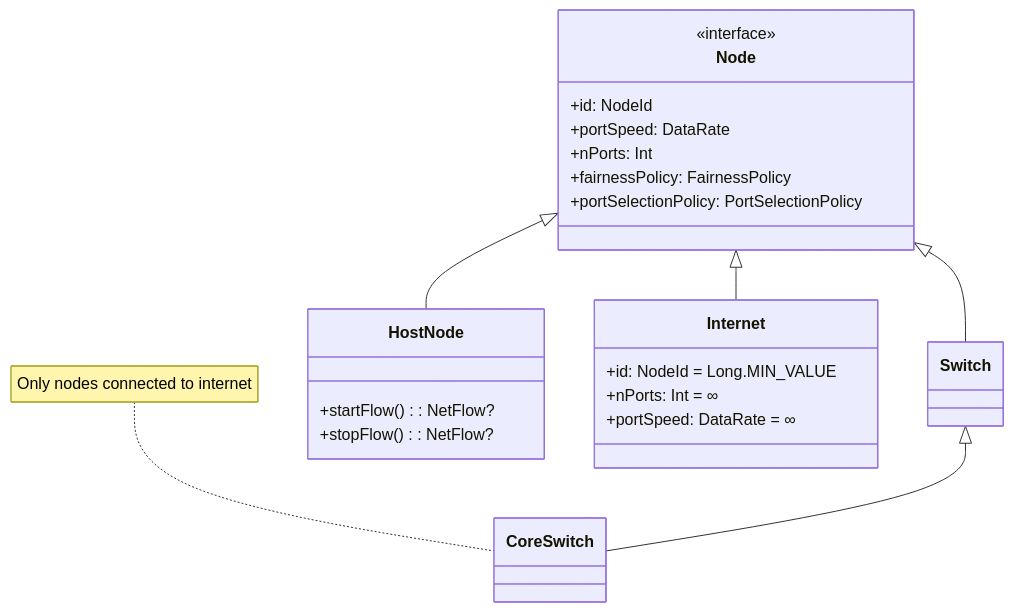
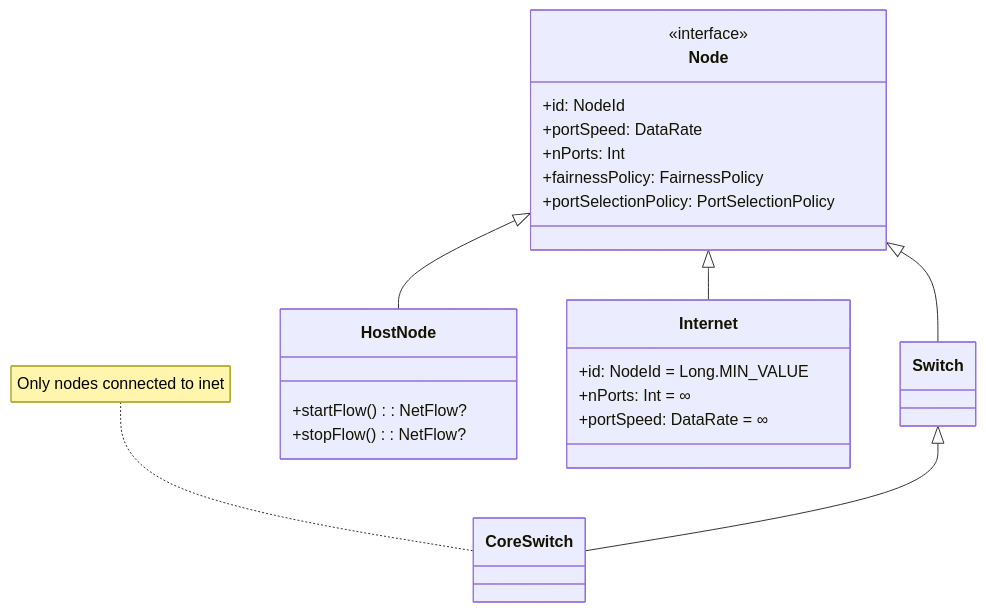
One commit to T0mexX/opendc-t0m3x changed the first of 2 diagrams in opendc-simulator/opendc-simulator-network/src/main/resources/documentation/documentation.md. Above: the diagram before and after it, drawn with Mermaid. The commit also changed 81 other files, not shown here.

````diff
--- a/opendc-simulator/opendc-simulator-network/src/main/resources/documentation/documentation.md
+++ b/opendc-simulator/opendc-simulator-network/src/main/resources/documentation/documentation.md
@@ -19,35 +19,35 @@
 ```mermaid
 classDiagram
     Node <|-- Switch
     Switch <|-- CoreSwitch
     Node <|-- HostNode
     Node <|-- Internet
 
     class Node {
         +id: NodeId
         +portSpeed: DataRate
         +nPorts: Int
         +fairnessPolicy: FairnessPolicy
         +portSelectionPolicy: PortSelectionPolicy
     }
     <<interface>> Node
 
     class Switch{
     }
 
-    note for CoreSwitch "Only nodes connected to internet"
+    note for CoreSwitch "Only nodes connected to inet"
     class CoreSwitch {
 
     }
 
     class HostNode{
         +startFlow(): NetFlow?
         +stopFlow(): NetFlow?
     }
 
     class Internet {
         +id: NodeId = Long.MIN_VALUE
         +nPorts: Int = ∞
         +portSpeed: DataRate = ∞
     }
 ```
````
